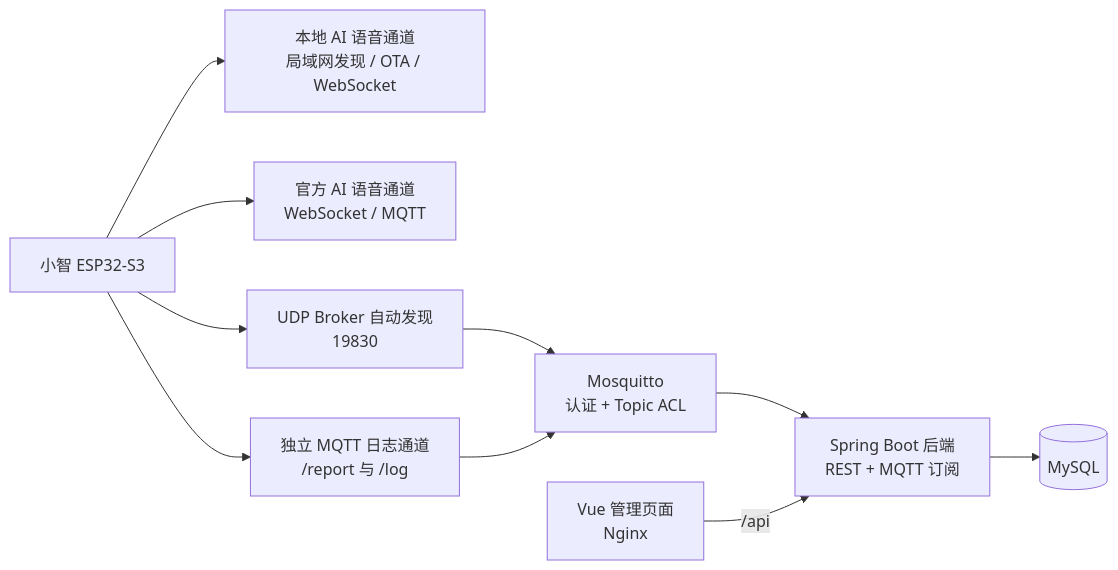
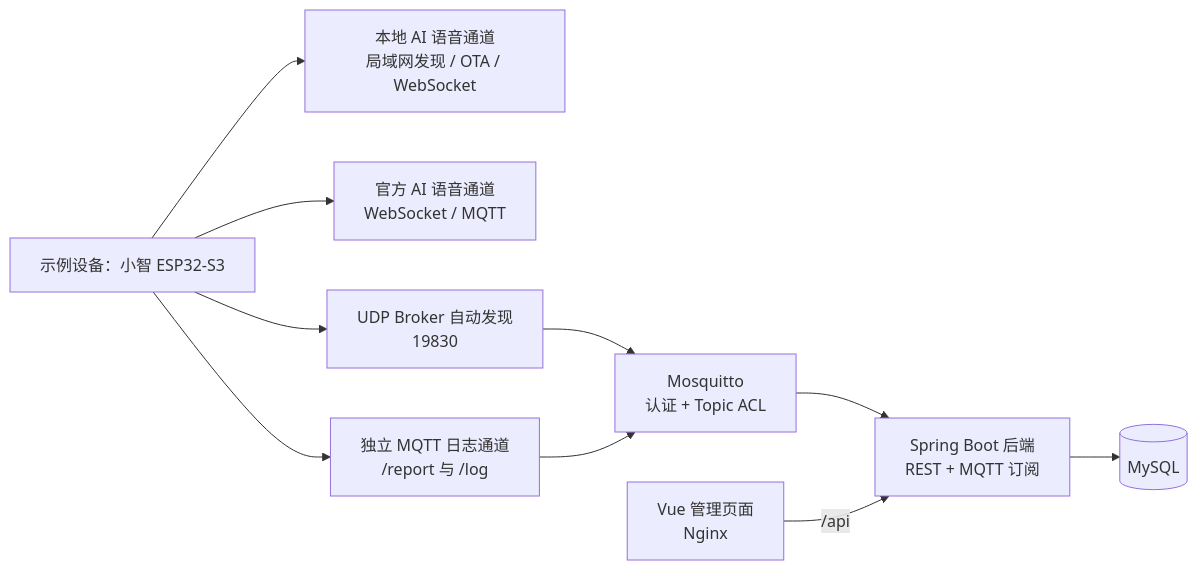
The diagram in README.md (yyj7890/AIoT-Log-System), drawn with Mermaid before and after one commit. The commit also changed other lines of this file and 5 other files, not shown here.

````diff
--- a/README.md
+++ b/README.md
@@ -42,19 +42,19 @@
 ```mermaid
 flowchart LR
-    ESP["小智 ESP32-S3"]
+    ESP["示例设备：小智 ESP32-S3"]
     LOCAL["本地 AI 语音通道\n局域网发现 / OTA / WebSocket"]
     CLOUD["官方 AI 语音通道\nWebSocket / MQTT"]
     UDP["UDP Broker 自动发现\n19830"]
     MQTT["独立 MQTT 日志通道\n/report 与 /log"]
     BROKER["Mosquitto\n认证 + Topic ACL"]
     API["Spring Boot 后端\nREST + MQTT 订阅"]
     DB[("MySQL")]
     WEB["Vue 管理页面\nNginx"]
 
     ESP --> LOCAL
     ESP --> CLOUD
     ESP --> UDP --> BROKER
     ESP --> MQTT --> BROKER
     BROKER --> API --> DB
     WEB -->|"/api"| API
 ```
````
